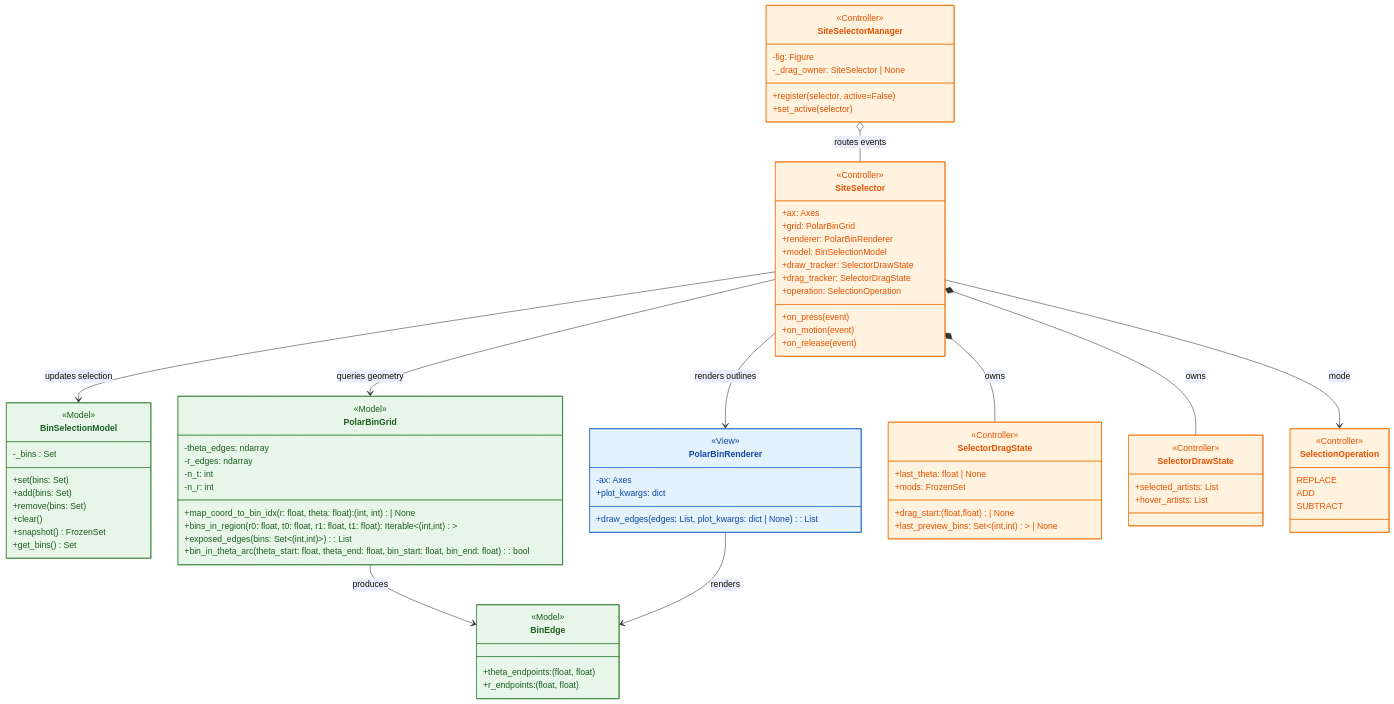
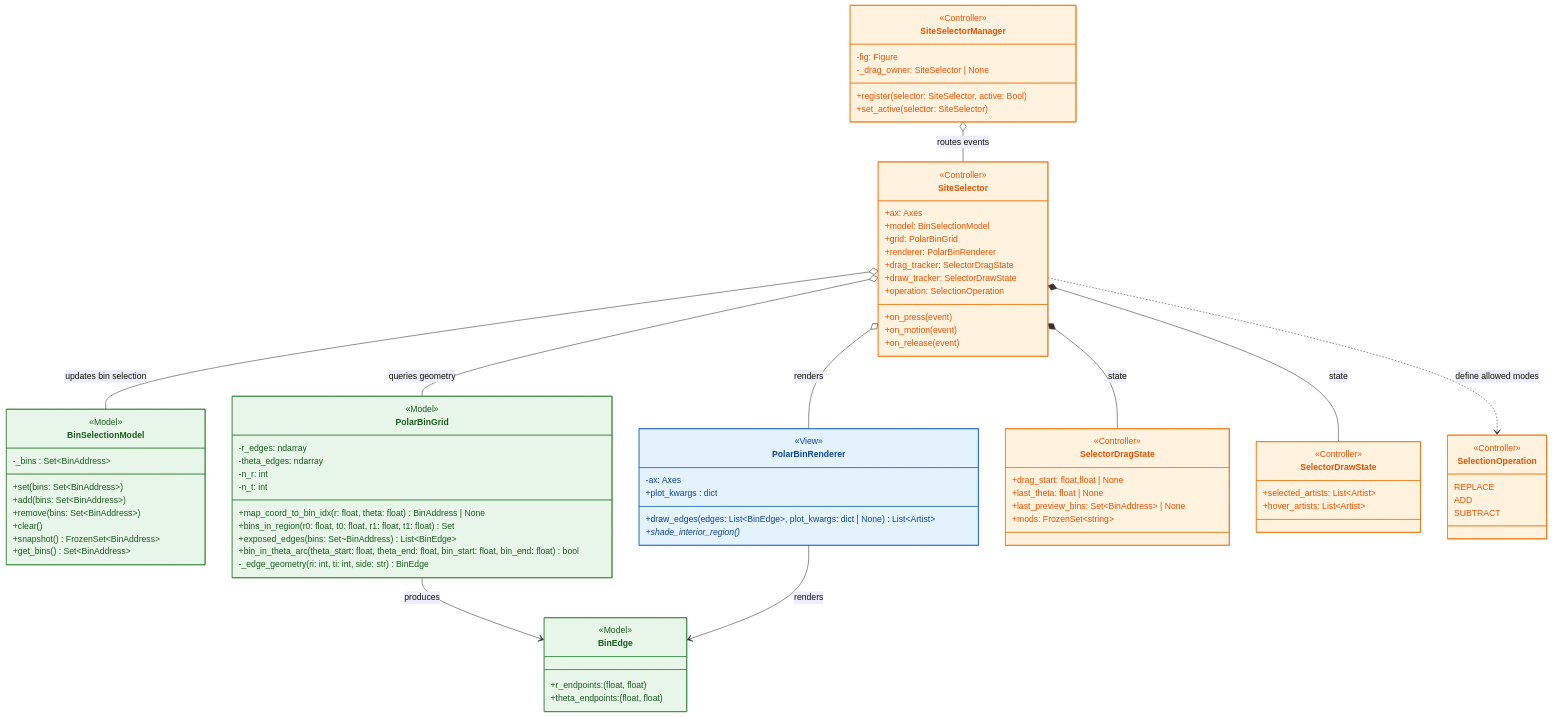
Before and after one commit to BranniganLab/density_threshold_affinity: the first of 2 diagrams in python/README.md, drawn with Mermaid.

Commit message:
Update type annotations in README.md

```diff
--- a/python/README.md
+++ b/python/README.md
@@ -74,29 +74,30 @@
 %% Model
 %% =========================
 class BinSelectionModel {
-    -_bins : Set
-    +set(bins: Set)
-    +add(bins: Set)
-    +remove(bins: Set)
+    -_bins : Set~BinAddress~
+    +set(bins: Set~BinAddress~)
+    +add(bins: Set~BinAddress~)
+    +remove(bins: Set~BinAddress~)
     +clear()
-    +snapshot() FrozenSet
-    +get_bins() Set
+    +snapshot() FrozenSet~BinAddress~
+    +get_bins() Set~BinAddress~
 }
 
 class PolarBinGrid {
+    -r_edges: ndarray
     -theta_edges: ndarray
-    -r_edges: ndarray
+    -n_r: int
     -n_t: int
-    -n_r: int
-    +map_coord_to_bin_idx(r: float, theta: float): (int, int) | None
-    +bins_in_region(r0: float, t0: float, r1: float, t1: float): Iterable<(int,int)>
-    +exposed_edges(bins: Set<(int,int)>): List<BinEdge>
-    +bin_in_theta_arc(theta_start: float, theta_end: float, bin_start: float, bin_end: float): bool
+    +map_coord_to_bin_idx(r: float, theta: float) BinAddress | None
+    +bins_in_region(r0: float, t0: float, r1: float, t1: float) Set
+    +exposed_edges(bins: Set~BinAddress) List~BinEdge~
+    +bin_in_theta_arc(theta_start: float, theta_end: float, bin_start: float, bin_end: float) bool
+    -_edge_geometry(ri: int, ti: int, side: str) BinEdge
 }
 
 class BinEdge {
+    +r_endpoints: (float, float)
     +theta_endpoints: (float, float)
-    +r_endpoints: (float, float)
 }
 
 %% =========================
@@ -104,8 +105,9 @@
 %% =========================
 class PolarBinRenderer {
     -ax: Axes
-    +plot_kwargs: dict
-    +draw_edges(edges: List<BinEdge>, plot_kwargs: dict | None): List<Artist>
+    +plot_kwargs : dict
+    +draw_edges(edges: List~BinEdge~, plot_kwargs: dict | None) List~Artist~
+    +shade_interior_region()*
 }
 
 %% =========================
@@ -120,25 +122,25 @@
 
 class SelectorDragState {
     <<dataclass>>
-    +drag_start: (float,float) | None
+    +drag_start: float,float | None
     +last_theta: float | None
-    +last_preview_bins: Set<(int,int)> | None
-    +mods: FrozenSet<string>
+    +last_preview_bins: Set~BinAddress~ | None
+    +mods: FrozenSet~string~
 }
 
 class SelectorDrawState {
     <<dataclass>>
-    +selected_artists: List
-    +hover_artists: List
+    +selected_artists: List~Artist~
+    +hover_artists: List~Artist~
 }
 
 class SiteSelector {
     +ax: Axes
+    +model: BinSelectionModel
     +grid: PolarBinGrid
     +renderer: PolarBinRenderer
-    +model: BinSelectionModel
+    +drag_tracker: SelectorDragState
     +draw_tracker: SelectorDrawState
-    +drag_tracker: SelectorDragState
     +operation: SelectionOperation
     +on_press(event)
     +on_motion(event)
@@ -148,8 +150,8 @@
 class SiteSelectorManager {
     -fig: Figure
     -_drag_owner: SiteSelector | None
-    +register(selector, active=False)
-    +set_active(selector)
+    +register(selector: SiteSelector, active: Bool)
+    +set_active(selector: SiteSelector)
 }
 
 %% =========================
@@ -159,12 +161,12 @@
 PolarBinGrid --> BinEdge : produces
 PolarBinRenderer --> BinEdge : renders
 
-SiteSelector --> PolarBinGrid : queries geometry
-SiteSelector --> BinSelectionModel : updates selection
-SiteSelector --> PolarBinRenderer : renders outlines
-SiteSelector *-- SelectorDragState : owns
-SiteSelector *-- SelectorDrawState : owns
-SiteSelector --> SelectionOperation : mode
+SiteSelector o-- PolarBinGrid : queries geometry
+SiteSelector o-- BinSelectionModel : updates bin selection
+SiteSelector o-- PolarBinRenderer : renders
+SiteSelector *-- SelectorDragState : state
+SiteSelector *-- SelectorDrawState : state
+SiteSelector ..> SelectionOperation : define allowed modes
 
 SiteSelectorManager o-- SiteSelector : routes events
 
```
